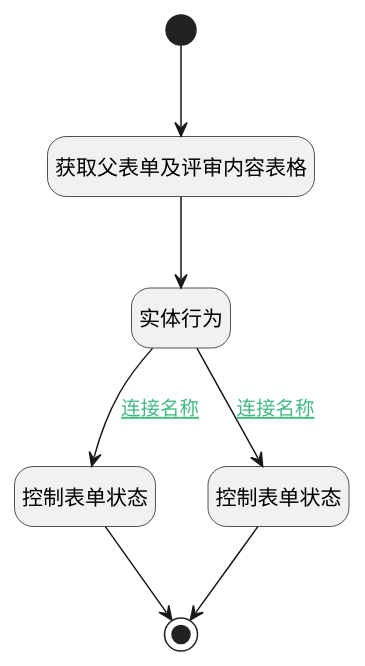
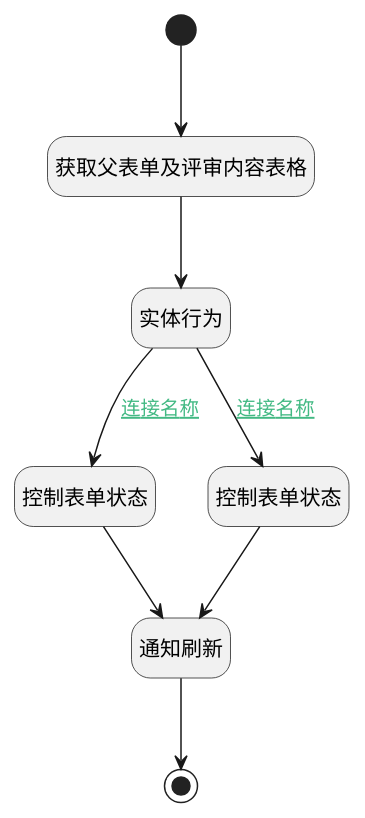
Before and after one commit to iBizLab/plm: the diagram in doc/docsify/module/TestMgmt/review_result/uilogic/refuse.md, drawn with PlantUML. The commit also changed other lines of this file and 1276 other files, not shown here.

````diff
--- a/doc/docsify/module/TestMgmt/review_result/uilogic/refuse.md
+++ b/doc/docsify/module/TestMgmt/review_result/uilogic/refuse.md
@@ -7,28 +7,30 @@
 ```plantuml
 @startuml
 hide footbox
 <style>
 root {
   HyperlinkColor #42b983
 }
 </style>
 
 hide empty description
 state "开始" as Begin <<start>> [[$./refuse#begin {开始}]]
+state "结束" as END1 <<end>> [[$./refuse#end1 {结束}]]
+state "控制表单状态" as RAWJSCODE3  [[$./refuse#rawjscode3 {控制表单状态}]]
+state "获取父表单及评审内容表格" as PREPAREJSPARAM1  [[$./refuse#preparejsparam1 {获取父表单及评审内容表格}]]
+state "实体行为" as DEACTION1  [[$./refuse#deaction1 {实体行为}]]
 state "控制表单状态" as RAWJSCODE2  [[$./refuse#rawjscode2 {控制表单状态}]]
-state "实体行为" as DEACTION1  [[$./refuse#deaction1 {实体行为}]]
-state "获取父表单及评审内容表格" as PREPAREJSPARAM1  [[$./refuse#preparejsparam1 {获取父表单及评审内容表格}]]
-state "控制表单状态" as RAWJSCODE3  [[$./refuse#rawjscode3 {控制表单状态}]]
-state "结束" as END1 <<end>> [[$./refuse#end1 {结束}]]
+state "通知刷新" as RAWJSCODE4  [[$./refuse#rawjscode4 {通知刷新}]]
 
 
 Begin --> PREPAREJSPARAM1
 PREPAREJSPARAM1 --> DEACTION1
 DEACTION1 --> RAWJSCODE2 : [[$./refuse#deaction1-rawjscode2{连接名称} 连接名称]]
-RAWJSCODE2 --> END1
+RAWJSCODE2 --> RAWJSCODE4
+RAWJSCODE4 --> END1
 DEACTION1 --> RAWJSCODE3 : [[$./refuse#deaction1-rawjscode3{连接名称} 连接名称]]
-RAWJSCODE3 --> END1
+RAWJSCODE3 --> RAWJSCODE4
 
 
 @enduml
 ```
````
